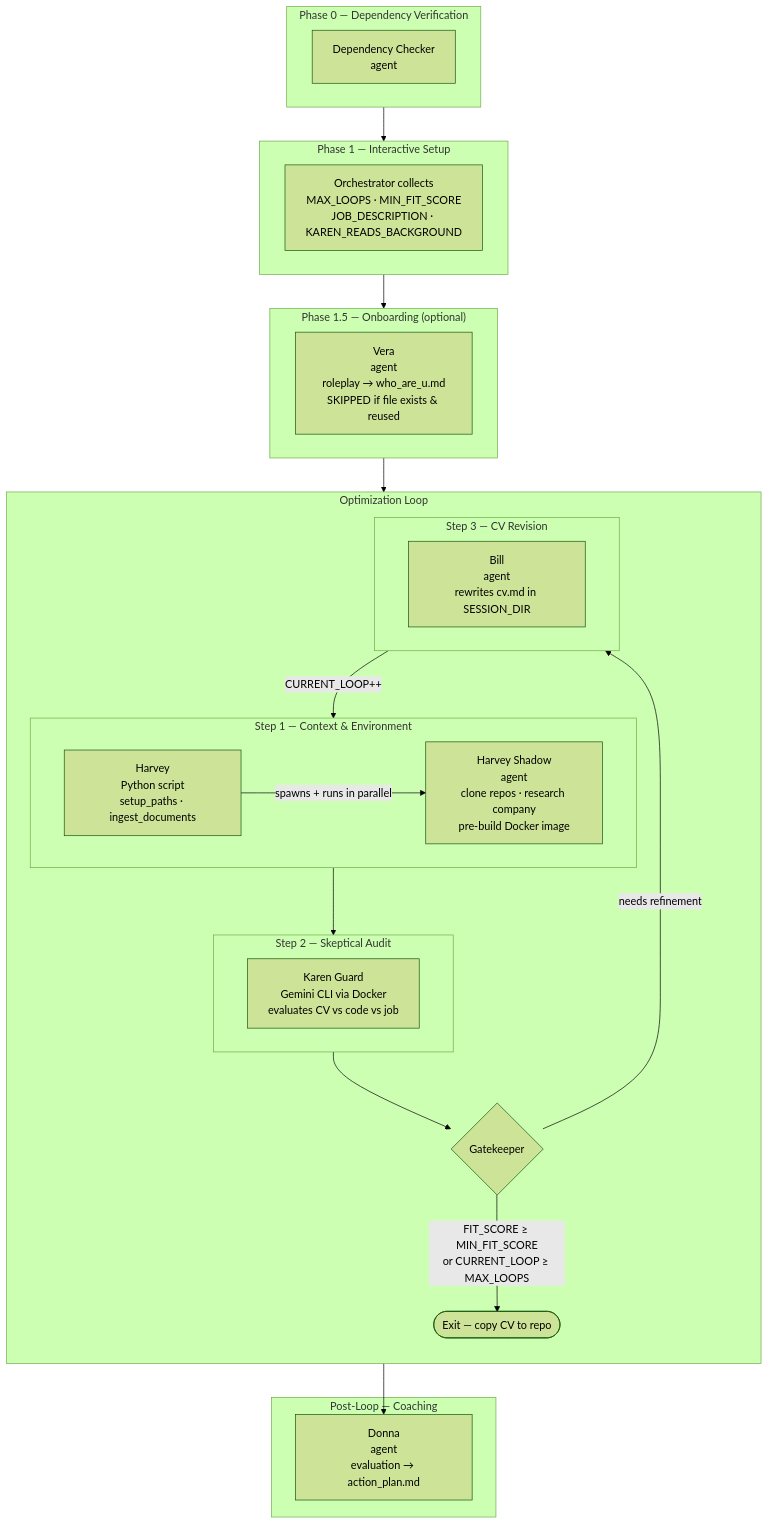
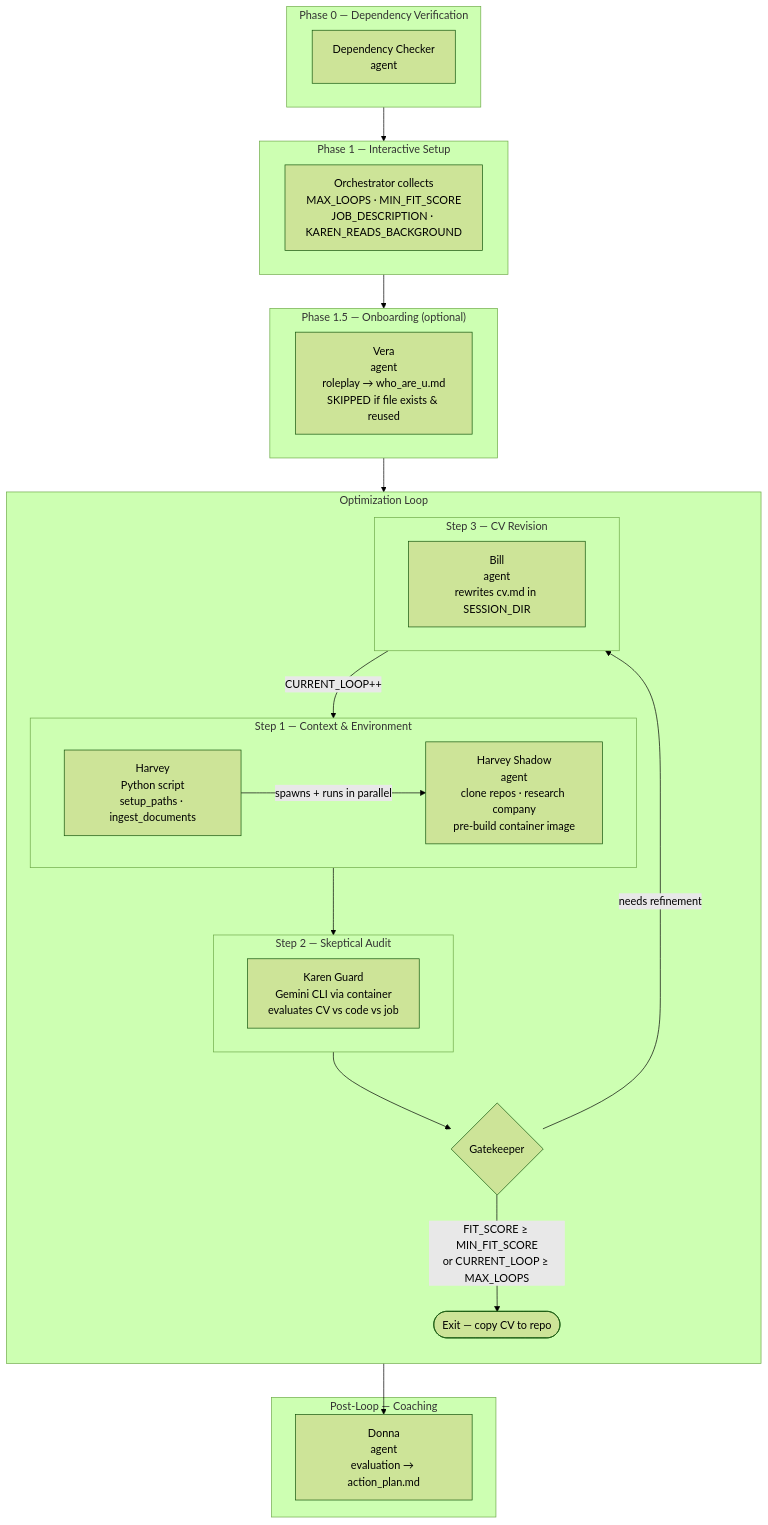
One commit to al4xdev/crime_alley_cv changed the diagram in harvey_guy/main.md. Above: the diagram before and after it, drawn with Mermaid (forest theme). The commit also changed other lines of this file and 16 other files, not shown here.

````diff
--- a/harvey_guy/main.md
+++ b/harvey_guy/main.md
@@ -7,49 +7,49 @@
 ```mermaid
 graph TD
     subgraph Phase0["Phase 0 — Dependency Verification"]
         DC[Dependency Checker\nagent]
     end
 
     subgraph Phase1["Phase 1 — Interactive Setup"]
         Setup[Orchestrator collects\nMAX_LOOPS · MIN_FIT_SCORE\nJOB_DESCRIPTION · KAREN_READS_BACKGROUND]
     end
 
     subgraph Phase15["Phase 1.5 — Onboarding (optional)"]
         Vera["Vera\nagent\nroleplay → who_are_u.md\nSKIPPED if file exists & reused"]
     end
 
     subgraph Loop["Optimization Loop"]
         direction TB
 
         subgraph Step1["Step 1 — Context & Environment"]
             HarveyPy["Harvey\nPython script\nsetup_paths · ingest_documents"]
-            Shadow["Harvey Shadow\nagent\nclone repos · research company\npre-build Docker image"]
+            Shadow["Harvey Shadow\nagent\nclone repos · research company\npre-build container image"]
             HarveyPy -- "spawns + runs in parallel" --> Shadow
         end
 
         Step1 --> Step2
 
         subgraph Step2["Step 2 — Skeptical Audit"]
-            Karen["Karen Guard\nGemini CLI via Docker\nevaluates CV vs code vs job"]
+            Karen["Karen Guard\nGemini CLI via container\nevaluates CV vs code vs job"]
         end
 
         Step2 --> Gate
 
         Gate{Gatekeeper}
         Gate -- "FIT_SCORE ≥ MIN_FIT_SCORE\nor CURRENT_LOOP ≥ MAX_LOOPS" --> Exit([Exit — copy CV to repo])
         Gate -- "needs refinement" --> Step3
 
         subgraph Step3["Step 3 — CV Revision"]
             Bill["Bill\nagent\nrewrites cv.md in SESSION_DIR"]
         end
 
         Step3 -- "CURRENT_LOOP++" --> Step1
     end
 
     subgraph PostLoop["Post-Loop — Coaching"]
         Donna["Donna\nagent\nevaluation → action_plan.md"]
     end
 
     Phase0 --> Phase1 --> Phase15 --> Loop
     Exit --> Donna
 ```
````
